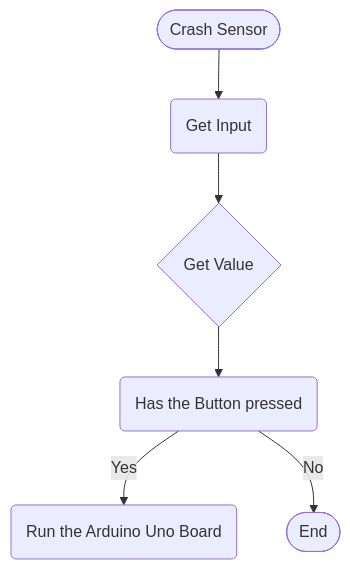
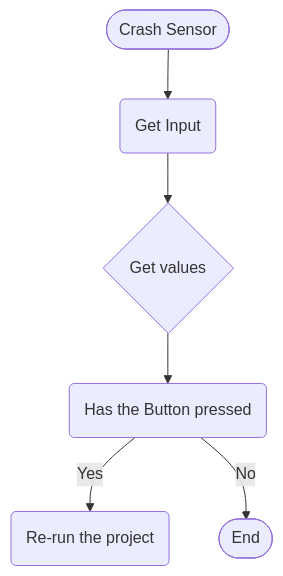
One commit to Glovania/Solar-Panel-SmartDevice changed the first of 3 diagrams in logic.md. Above: the diagram before and after it, drawn with Mermaid. The commit also changed other lines of this file, not shown here.

````diff
--- a/logic.md
+++ b/logic.md
@@ -5,13 +4,13 @@
 ```mermaid
 flowchart TD
     Start([Crash Sensor])
-    InputTheButton(Get Input)
-    DetermineCrashSensorValue{Get Value}
-    PressedTheButton(Has the Button pressed)
-    Activate(Run the Arduino Uno Board)
-    finish([End])
+    InputCrashSensor(Get Input)
+    GetCrashSensorValue{Get values}
+    CheckButton(Has the Button pressed)
+    Activate(Re-run the project)
+    Finish([End])
 
-    Start --> InputTheButton --> DetermineCrashSensorValue --> PressedTheButton
-    PressedTheButton --> |Yes| Activate
-    PressedTheButton --> |No| finish
+    Start --> InputCrashSensor --> GetCrashSensorValue --> CheckButton
+    CheckButton --> |Yes| Activate
+    CheckButton --> |No| Finish
 ``` 
````
